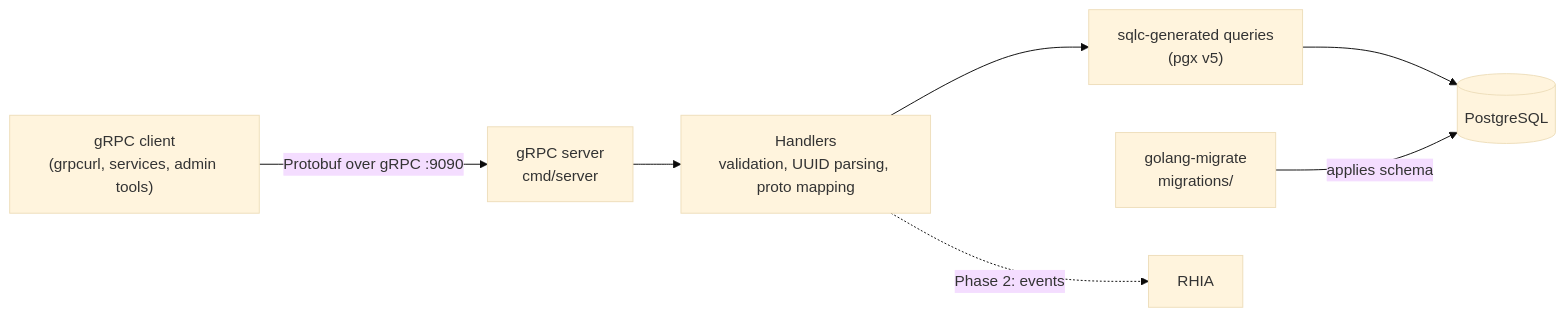
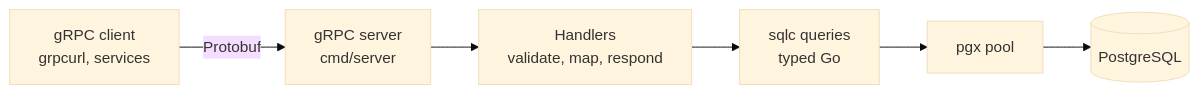
Before and after one commit to 30Piraten/buddy-backend: the diagram in README.md, drawn with Mermaid (base theme). The commit also changed other lines of this file, not shown here.

````diff
--- a/README.md
+++ b/README.md
@@ -47,9 +47,8 @@
 ```mermaid
 flowchart LR
-    C["gRPC client<br/>(grpcurl, services, admin tools)"] -->|"Protobuf over gRPC :9090"| S["gRPC server<br/>cmd/server"]
-    S --> H["Handlers<br/>validation, UUID parsing, proto mapping"]
-    H --> Q["sqlc-generated queries<br/>(pgx v5)"]
-    Q --> D[("PostgreSQL")]
-    M["golang-migrate<br/>migrations/"] -->|"applies schema"| D
-    H -.->|"Phase 2: events"| R["RHIA"]
+    C["gRPC client<br/>grpcurl, services"] -->|"Protobuf"| S["gRPC server<br/>cmd/server"]
+    S --> H["Handlers<br/>validate, map, respond"]
+    H --> Q["sqlc queries<br/>typed Go"]
+    Q --> P["pgx pool"]
+    P --> D[("PostgreSQL")]
 ```
````
